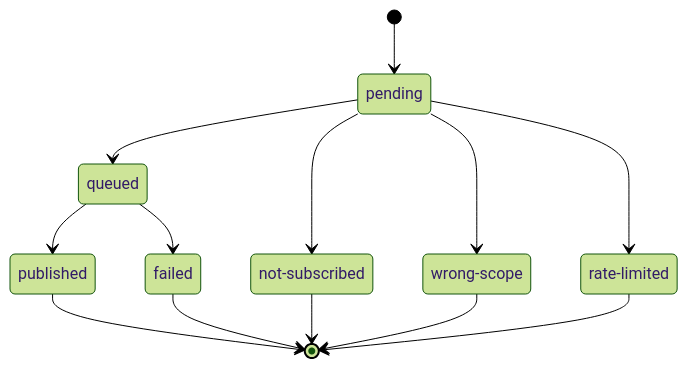
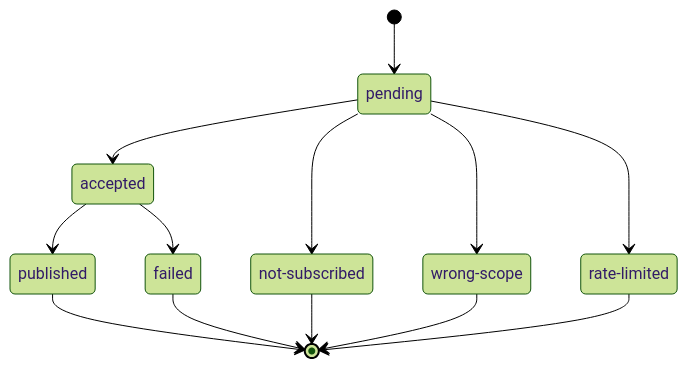
One commit to WalletConnect/walletconnect-specs changed the first of 2 diagrams in docs/specs/servers/notify/notify-server-api.md. Above: the diagram before and after it, drawn with Mermaid (forest theme). The commit also changed other lines of this file, not shown here.

Commit message:
chore: queued -> accepted

````diff
--- a/docs/specs/servers/notify/notify-server-api.md
+++ b/docs/specs/servers/notify/notify-server-api.md
@@ -90,22 +90,22 @@
 ```mermaid
 stateDiagram-v2
     Pending : pending
-    Queued : queued
+    Accepted : accepted
     Published : published
     Failed : failed
     NotSubscribed : not-subscribed
     WrongScope : wrong-scope
     RateLimited : rate-limited
     [*] --> Pending
-    Pending --> Queued
+    Pending --> Accepted
     Pending --> NotSubscribed
     Pending --> WrongScope
     Pending --> RateLimited
-    Queued --> Published
-    Queued --> Failed
+    Accepted --> Published
+    Accepted --> Failed
     Published --> [*]
     Failed --> [*]
     NotSubscribed --> [*]
     WrongScope --> [*]
     RateLimited --> [*]
 ```
````
